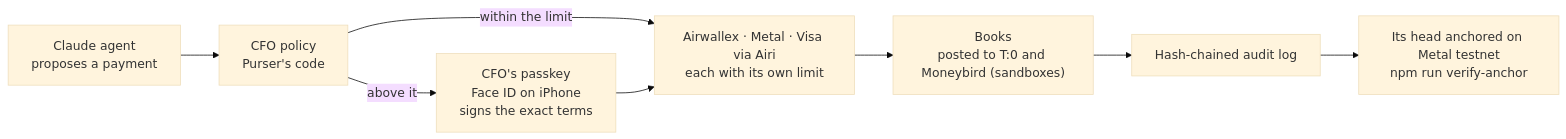
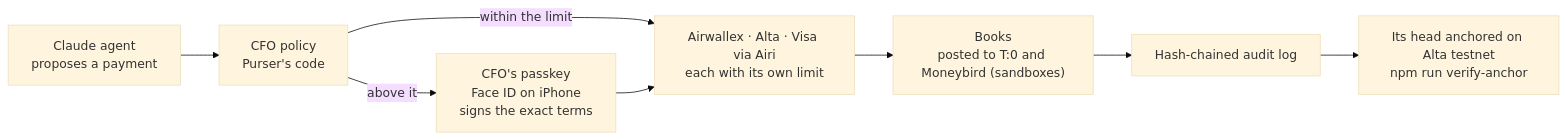
Before and after one commit to agamemnon-coder/x402-business-agents: the first of 5 diagrams in docs/diagrams.md, drawn with Mermaid (base theme). The commit also changed other lines of this file and 270 other files, not shown here.

First line of the commit message:
Metal is now Alta: the site, Cloud, README and form say Alta; /alta serves /metal's page (#314)

````diff
--- a/docs/diagrams.md
+++ b/docs/diagrams.md
@@ -12,9 +12,9 @@
 ```mermaid
 flowchart LR
   A["Claude agent<br/>proposes a payment"] --> P["CFO policy<br/>Purser's code"]
-  P -- "within the limit" --> R["Airwallex · Metal · Visa via Airi<br/>each with its own limit"]
+  P -- "within the limit" --> R["Airwallex · Alta · Visa via Airi<br/>each with its own limit"]
   P -- "above it" --> F["CFO's passkey<br/>Face ID on iPhone<br/>signs the exact terms"]
   F --> R
   R --> B["Books<br/>posted to T:0 and Moneybird (sandboxes)"]
-  B --> L["Hash-chained audit log"] --> N["Its head anchored on Metal testnet<br/>npm run verify-anchor"]
+  B --> L["Hash-chained audit log"] --> N["Its head anchored on Alta testnet<br/>npm run verify-anchor"]
 ```
````
